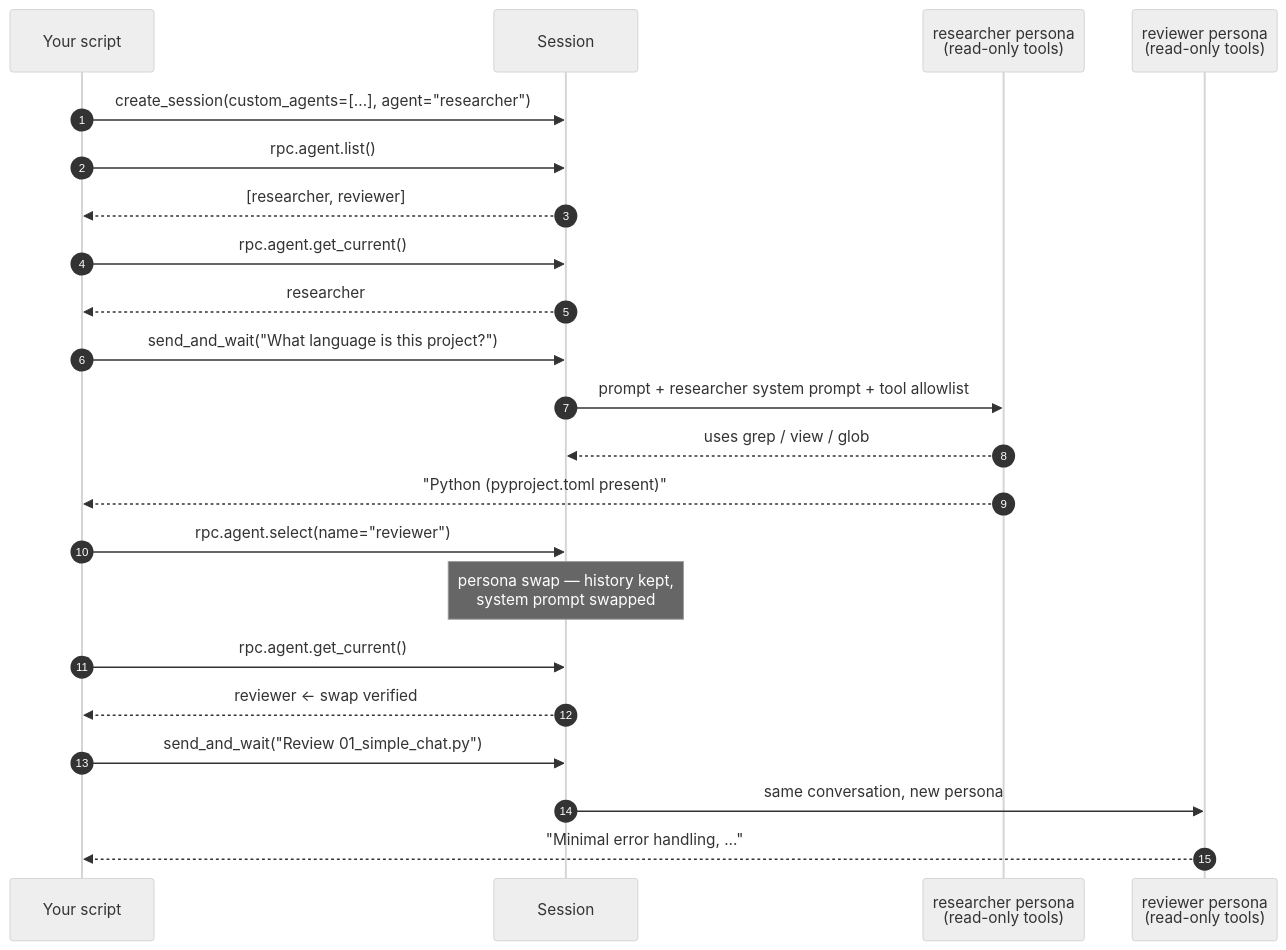
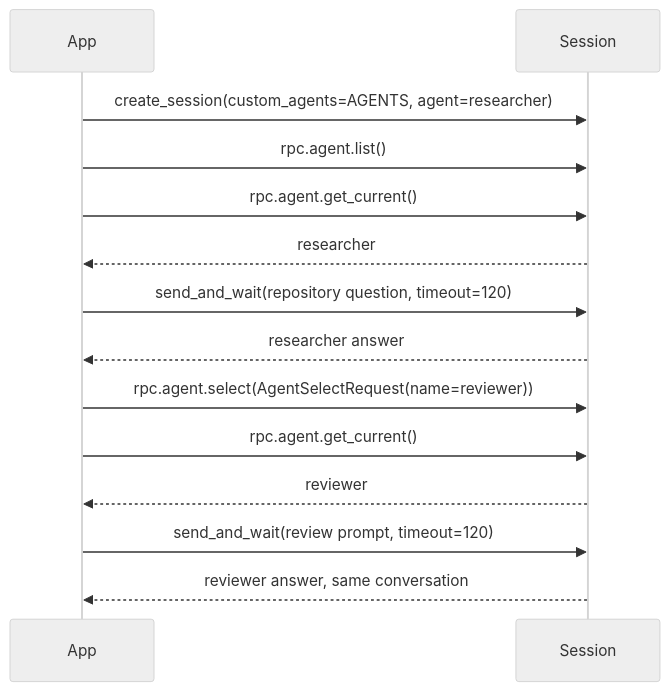
The diagram in examples/03_custom_agents.md (jeffrey-groneberg/ghcp_sdk), drawn with Mermaid (neutral theme) before and after one commit. The commit also changed other lines of this file and 23 other files, not shown here.

````diff
--- a/examples/03_custom_agents.md
+++ b/examples/03_custom_agents.md
@@ -22,26 +14,16 @@
 ```mermaid
 sequenceDiagram
-    autonumber
-    participant App as Your script
+    participant App
     participant Session
-    participant R as researcher persona<br/>(read-only tools)
-    participant V as reviewer persona<br/>(read-only tools)
-
-    App->>Session: create_session(custom_agents=[...], agent="researcher")
+    App->>Session: create_session(custom_agents=AGENTS, agent=researcher)
     App->>Session: rpc.agent.list()
-    Session-->>App: [researcher, reviewer]
     App->>Session: rpc.agent.get_current()
     Session-->>App: researcher
-    App->>Session: send_and_wait("What language is this project?")
-    Session->>R: prompt + researcher system prompt + tool allowlist
-    R-->>Session: uses grep / view / glob
-    R-->>App: "Python (pyproject.toml present)"
-
-    App->>Session: rpc.agent.select(name="reviewer")
-    Note over Session: persona swap — history kept,<br/>system prompt swapped
+    App->>Session: send_and_wait(repository question, timeout=120)
+    Session-->>App: researcher answer
+    App->>Session: rpc.agent.select(AgentSelectRequest(name=reviewer))
     App->>Session: rpc.agent.get_current()
-    Session-->>App: reviewer  ← swap verified
-    App->>Session: send_and_wait("Review 01_simple_chat.py")
-    Session->>V: same conversation, new persona
-    V-->>App: "Minimal error handling, ..."
+    Session-->>App: reviewer
+    App->>Session: send_and_wait(review prompt, timeout=120)
+    Session-->>App: reviewer answer, same conversation
 ```
````
